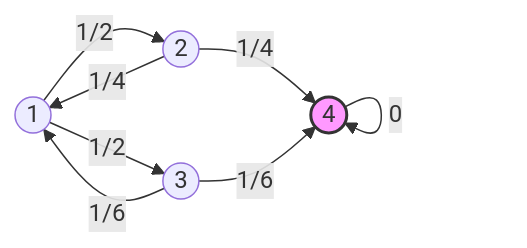
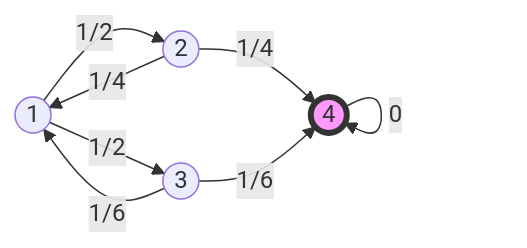
One commit to Zihan-Wang-leeds/bilingual-study-assistant changed the diagram in 课程/MATH2702/guides/Problem_Sheet_10.md. Above: the diagram before and after it, drawn with Mermaid. The commit also changed other lines of this file and 44 other files, not shown here.

````diff
--- a/课程/MATH2702/guides/Problem_Sheet_10.md
+++ b/课程/MATH2702/guides/Problem_Sheet_10.md
@@ -66,11 +89,11 @@
 ```mermaid
 graph LR
-    1((1)) -->|1/2| 2((2))
-    1 -->|1/2| 3((3))
-    2 -->|1/4| 1
-    2 -->|1/4| 4((4))
-    3 -->|1/6| 1
-    3 -->|1/6| 4
-    4 -->|0| 4
-    style 4 fill:#f9f,stroke:#333,stroke-width:2px
+    1((1)) -- "1/2" --> 2((2))
+    1 -- "1/2" --> 3((3))
+    2 -- "1/4" --> 1
+    2 -- "1/4" --> 4((4))
+    3 -- "1/6" --> 1
+    3 -- "1/6" --> 4
+    4 -- "0" --> 4
+    style 4 fill:#f9f,stroke:#333,stroke-width:4px
 ```
````
